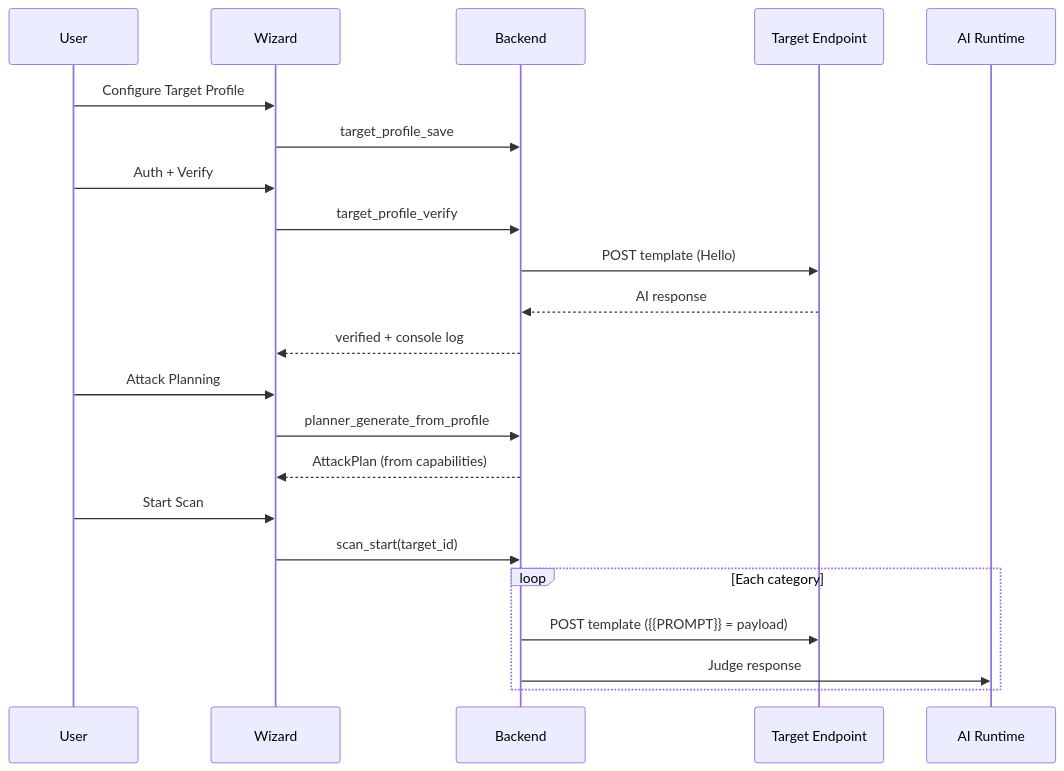
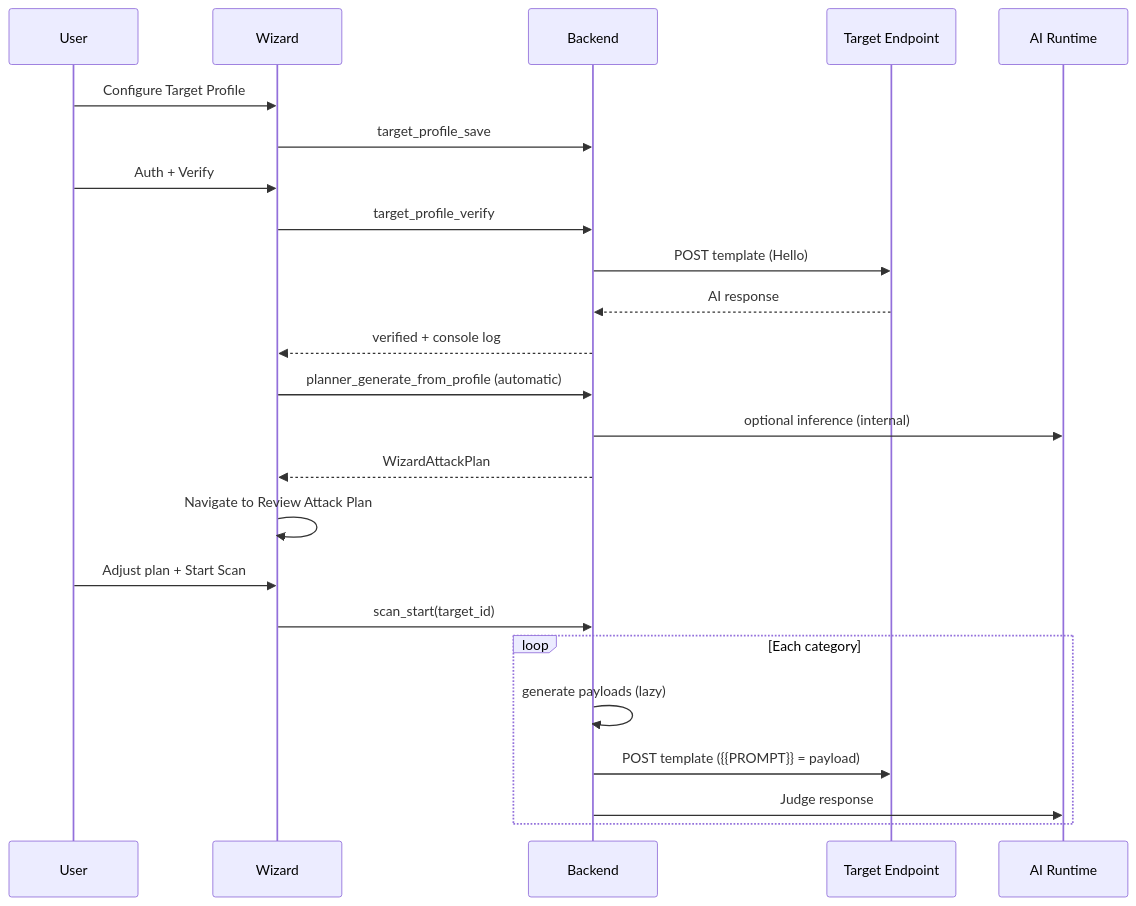
Before and after one commit to YangYang-Research/yang-promptlab: the diagram in docs/SCAN_WIZARD_ARCHITECTURE.md, drawn with Mermaid. The commit also changed other lines of this file and 20 other files, not shown here.

First line of the commit message:
feat(scan-wizard): implement wizard attack plan generation and review step

````diff
--- a/docs/SCAN_WIZARD_ARCHITECTURE.md
+++ b/docs/SCAN_WIZARD_ARCHITECTURE.md
@@ -39,25 +47,27 @@
 ```mermaid
 sequenceDiagram
   participant User
   participant Wizard
   participant Backend
   participant Target as Target Endpoint
   participant Runtime as AI Runtime
 
   User->>Wizard: Configure Target Profile
   Wizard->>Backend: target_profile_save
   User->>Wizard: Auth + Verify
   Wizard->>Backend: target_profile_verify
   Backend->>Target: POST template (Hello)
   Target-->>Backend: AI response
   Backend-->>Wizard: verified + console log
-  User->>Wizard: Attack Planning
-  Wizard->>Backend: planner_generate_from_profile
-  Backend-->>Wizard: AttackPlan (from capabilities)
-  User->>Wizard: Start Scan
+  Wizard->>Backend: planner_generate_from_profile (automatic)
+  Backend->>Runtime: optional inference (internal)
+  Backend-->>Wizard: WizardAttackPlan
+  Wizard->>Wizard: Navigate to Review Attack Plan
+  User->>Wizard: Adjust plan + Start Scan
   Wizard->>Backend: scan_start(target_id)
   loop Each category
+    Backend->>Backend: generate payloads (lazy)
     Backend->>Target: POST template ({{PROMPT}} = payload)
     Backend->>Runtime: Judge response
   end
 ```
````
